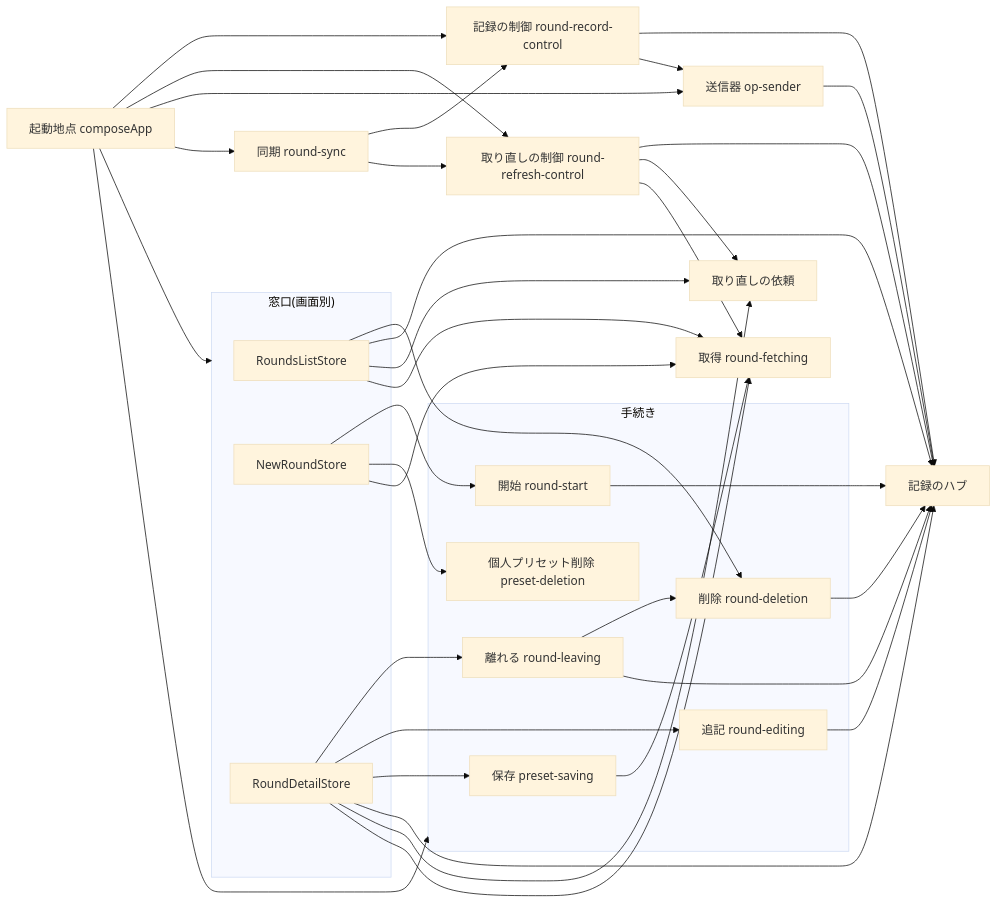
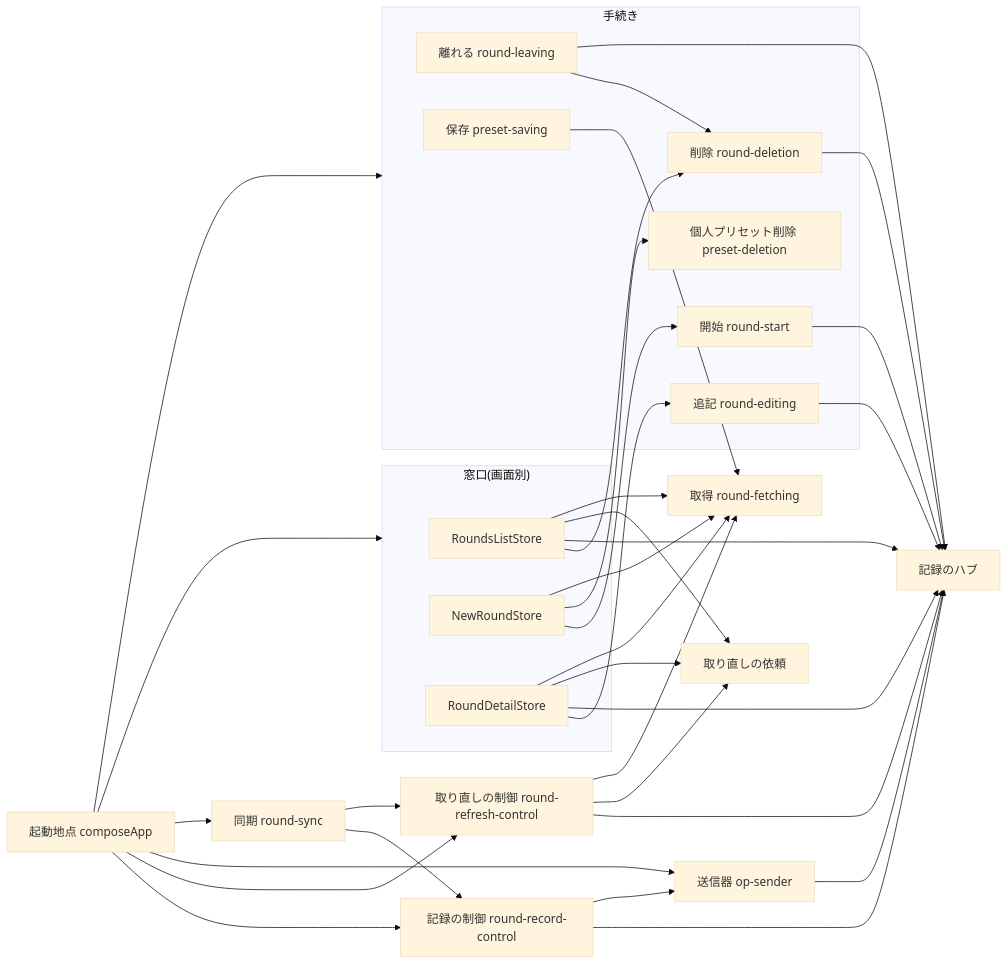
The diagram in docs/features/rounds/design.md (yukiyamasaki6/aims), drawn with Mermaid (base theme) before and after one commit. The commit also changed other lines of this file and 56 other files, not shown here.

````diff
--- a/docs/features/rounds/design.md
+++ b/docs/features/rounds/design.md
@@ -13,57 +14,55 @@
 ```mermaid
 flowchart LR
   compose["起動地点 composeApp"]
   subgraph stores["窓口(画面別)"]
     list["RoundsListStore"]
     newRound["NewRoundStore"]
     detail["RoundDetailStore"]
   end
   subgraph procedures["手続き"]
     deletion["削除 round-deletion"]
     leaving["離れる round-leaving"]
     start["開始 round-start"]
     presetDeletion["個人プリセット削除 preset-deletion"]
     presetSaving["保存 preset-saving"]
     editing["追記 round-editing"]
   end
   hub["記録のハブ"]
   requests["取り直しの依頼"]
   fetching["取得 round-fetching"]
   control["記録の制御 round-record-control"]
   refreshControl["取り直しの制御 round-refresh-control"]
   sender["送信器 op-sender"]
   sync["同期 round-sync"]
   compose --> stores
   compose --> procedures
   compose --> control
   compose --> refreshControl
   compose --> sender
   compose --> sync
   list --> deletion
   list --> hub
   list --> requests
   list --> fetching
   newRound --> start
   newRound --> presetDeletion
   newRound --> fetching
-  detail --> leaving
   detail --> editing
-  detail --> presetSaving
   detail --> hub
   detail --> requests
   detail --> fetching
   leaving --> deletion
   leaving --> hub
   deletion --> hub
   start --> hub
   editing --> hub
   presetSaving --> fetching
   control --> hub
   control --> sender
   sender --> hub
   refreshControl --> hub
   refreshControl --> requests
   refreshControl --> fetching
   sync --> control
   sync --> refreshControl
 ```
````
